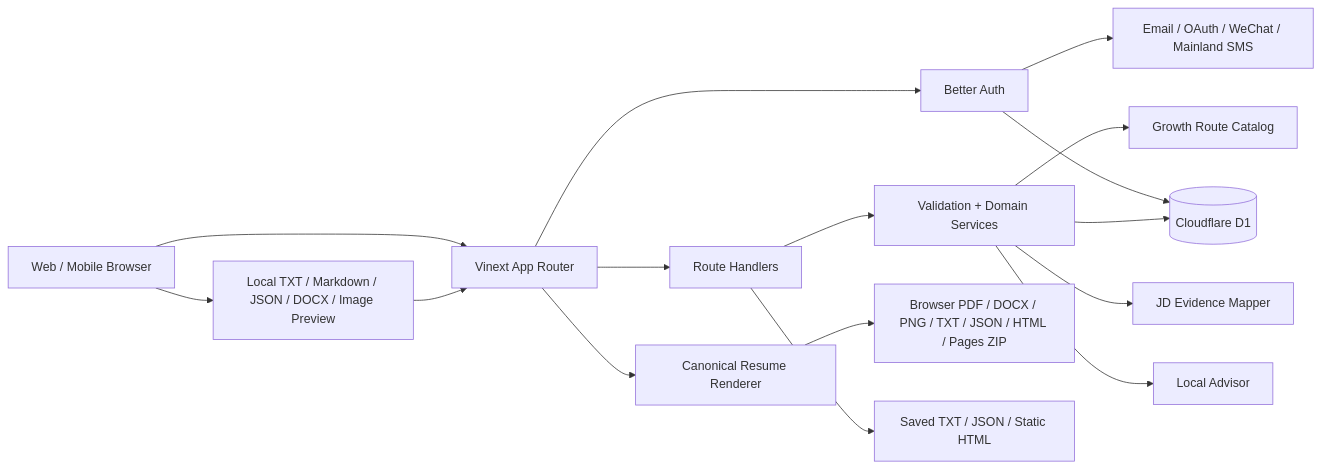
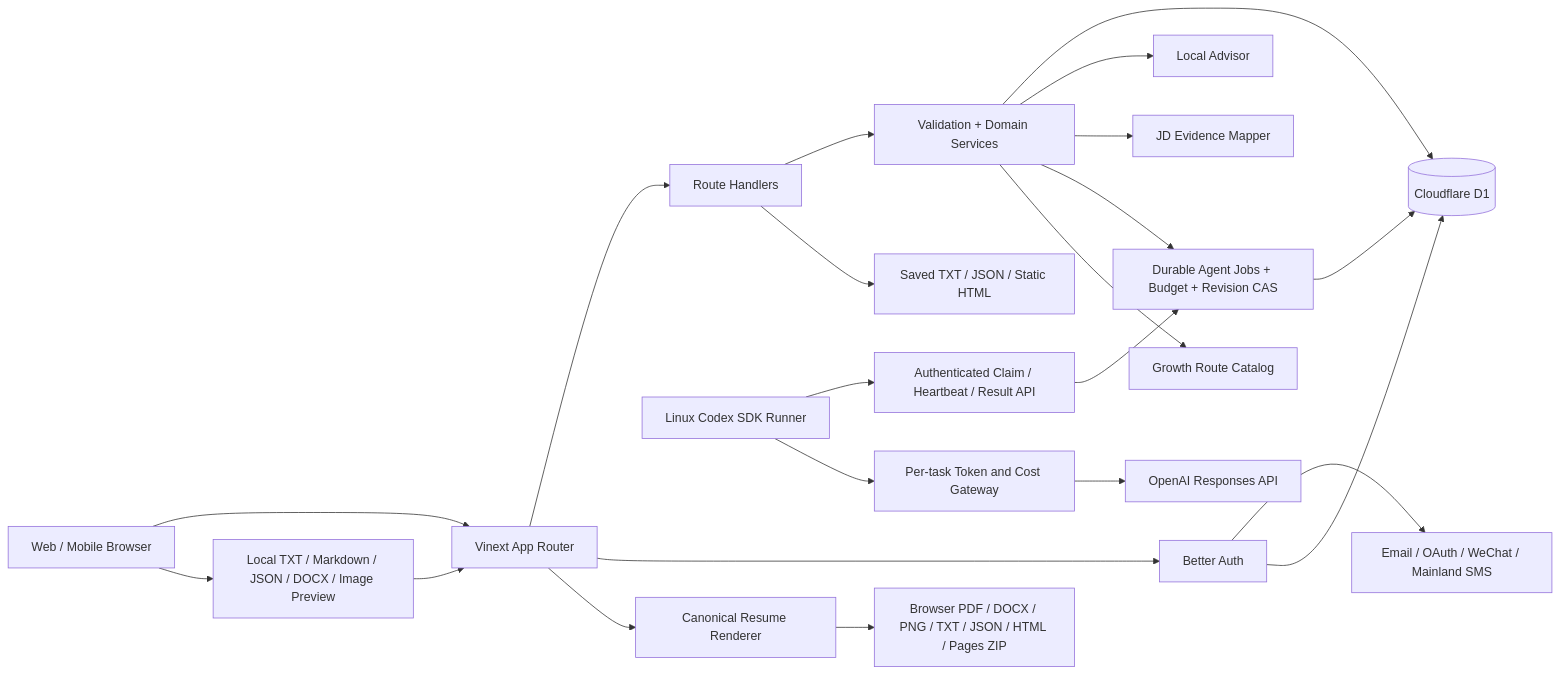
The first of 2 diagrams in docs/architecture.md (xhongduo-tech/easycv), drawn with Mermaid before and after one commit. The commit also changed other lines of this file and 66 other files, not shown here.

Commit message:
feat: make Codex the evidence-backed material task core

````diff
--- a/docs/architecture.md
+++ b/docs/architecture.md
@@ -7,18 +7,24 @@
 ```mermaid
 flowchart LR
   Browser[Web / Mobile Browser] --> App[Vinext App Router]
   Browser --> LocalImport[Local TXT / Markdown / JSON / DOCX / Image Preview]
   LocalImport --> App
   App --> Routes[Route Handlers]
   App --> Auth[Better Auth]
   Auth --> Identity[Email / OAuth / WeChat / Mainland SMS]
   Auth --> D1
   Routes --> Domain[Validation + Domain Services]
   Domain --> D1[(Cloudflare D1)]
   Domain --> Advisor[Local Advisor]
   Domain --> Evidence[JD Evidence Mapper]
+  Domain --> Tasks[Durable Agent Jobs + Budget + Revision CAS]
+  Tasks --> D1
+  Runner[Linux Codex SDK Runner] --> Internal[Authenticated Claim / Heartbeat / Result API]
+  Internal --> Tasks
+  Runner --> Proxy[Per-task Token and Cost Gateway]
+  Proxy --> OpenAI[OpenAI Responses API]
   App --> Renderer[Canonical Resume Renderer]
   Renderer --> ClientOutput[Browser PDF / DOCX / PNG / TXT / JSON / HTML / Pages ZIP]
   Routes --> ServerExport[Saved TXT / JSON / Static HTML]
   Domain --> Growth[Growth Route Catalog]
 ```
````
